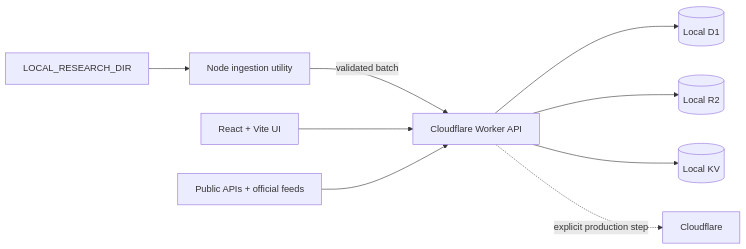
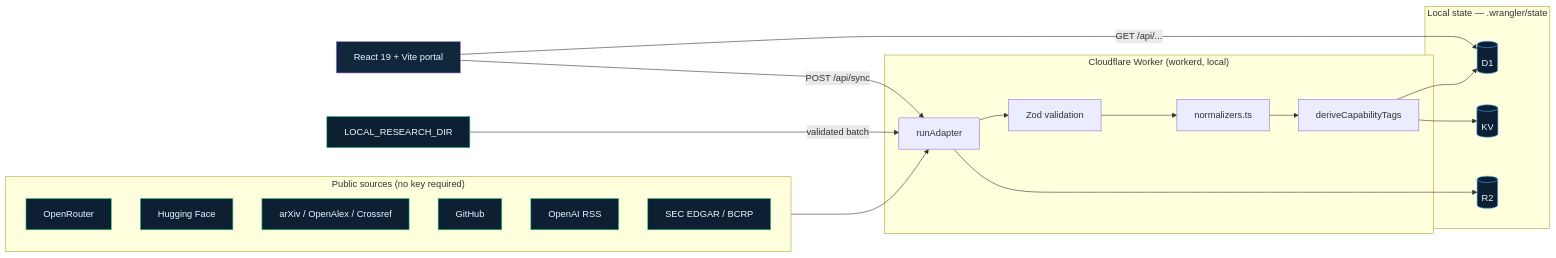
Before and after one commit to oprbguitar/repositoryAmaru: the first of 3 diagrams in README.md, drawn with Mermaid. The commit also changed other lines of this file and 19 other files, not shown here.

````diff
--- a/README.md
+++ b/README.md
@@ -9,11 +31,36 @@
 ```mermaid
 flowchart LR
-  F[LOCAL_RESEARCH_DIR] --> I[Node ingestion utility]
-  I -->|validated batch| W[Cloudflare Worker API]
-  R[React + Vite UI] --> W
-  W --> D[(Local D1)]
-  W --> O[(Local R2)]
-  W --> K[(Local KV)]
-  P[Public APIs + official feeds] --> W
-  W -. explicit production step .-> C[Cloudflare]
+  subgraph SRC["Public sources (no key required)"]
+    A1[OpenRouter]:::src
+    A2[Hugging Face]:::src
+    A3[arXiv / OpenAlex / Crossref]:::src
+    A4[GitHub]:::src
+    A5[OpenAI RSS]:::src
+    A6[SEC EDGAR / BCRP]:::src
+  end
+
+  subgraph W["Cloudflare Worker (workerd, local)"]
+    R[runAdapter] --> Z[Zod validation] --> N[normalizers.ts] --> C[deriveCapabilityTags]
+  end
+
+  subgraph S["Local state — .wrangler/state"]
+    D[(D1)]:::db
+    K[(KV)]:::db
+    O[(R2)]:::db
+  end
+
+  UI[React 19 + Vite portal]:::ui
+  L[LOCAL_RESEARCH_DIR]:::src
+
+  SRC --> R
+  C --> D
+  C --> K
+  UI -->|GET /api/...| D
+  UI -->|POST /api/sync| R
+  L -->|validated batch| R
+  R --> O
+
+  classDef src fill:#0d2033,stroke:#2ed489,color:#edf5fb
+  classDef db fill:#0d2033,stroke:#3fa8f5,color:#edf5fb
+  classDef ui fill:#10263b,stroke:#9d7aea,color:#edf5fb
 ```
````
